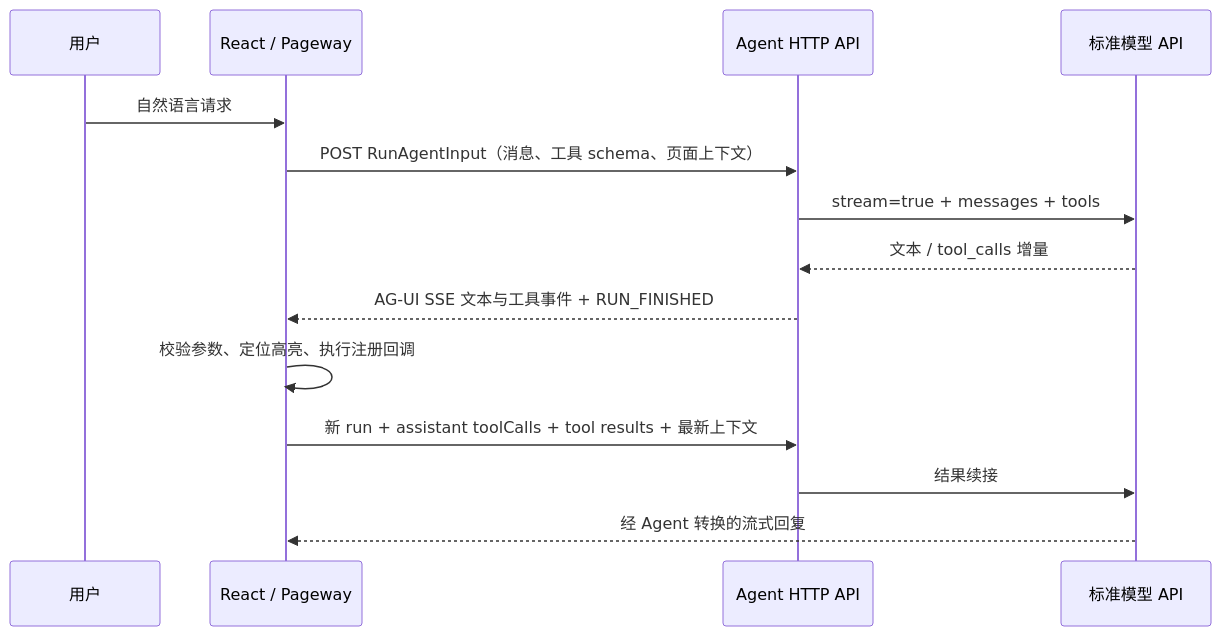
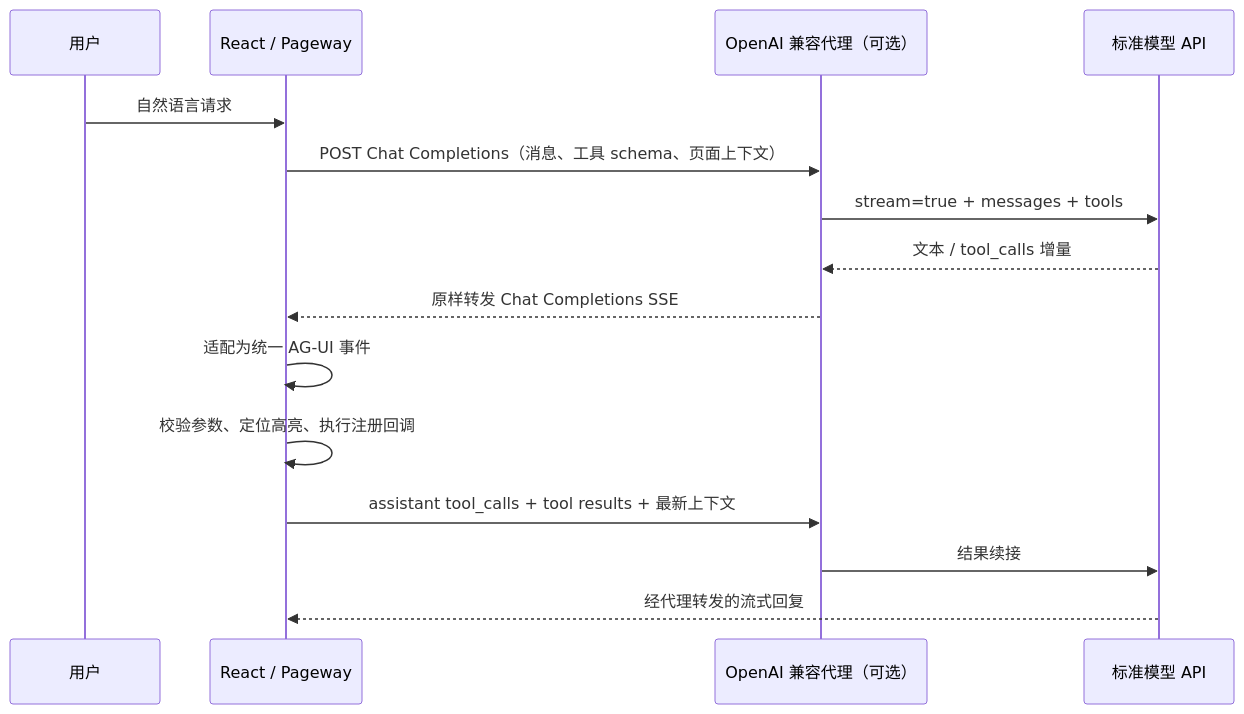
Before and after one commit to ForXd/pageway: the diagram in README.md, drawn with Mermaid. The commit also changed other lines of this file and 66 other files, not shown here.

````diff
--- a/README.md
+++ b/README.md
@@ -189,16 +214,17 @@
 ```mermaid
 sequenceDiagram
     participant User as 用户
     participant UI as React / Pageway
-    participant Agent as Agent HTTP API
+    participant Agent as OpenAI 兼容代理（可选）
     participant Model as 标准模型 API
     User->>UI: 自然语言请求
-    UI->>Agent: POST RunAgentInput（消息、工具 schema、页面上下文）
+    UI->>Agent: POST Chat Completions（消息、工具 schema、页面上下文）
     Agent->>Model: stream=true + messages + tools
     Model-->>Agent: 文本 / tool_calls 增量
-    Agent-->>UI: AG-UI SSE 文本与工具事件 + RUN_FINISHED
+    Agent-->>UI: 原样转发 Chat Completions SSE
+    UI->>UI: 适配为统一 AG-UI 事件
     UI->>UI: 校验参数、定位高亮、执行注册回调
-    UI->>Agent: 新 run + assistant toolCalls + tool results + 最新上下文
+    UI->>Agent: assistant tool_calls + tool results + 最新上下文
     Agent->>Model: 结果续接
-    Model-->>UI: 经 Agent 转换的流式回复
+    Model-->>UI: 经代理转发的流式回复
 ```
````
